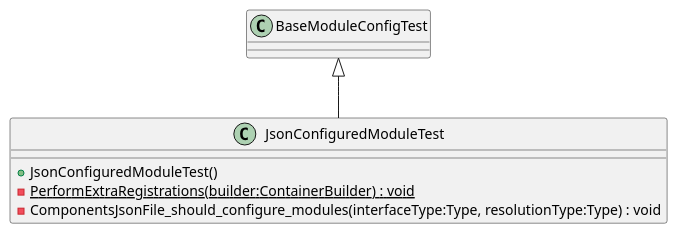
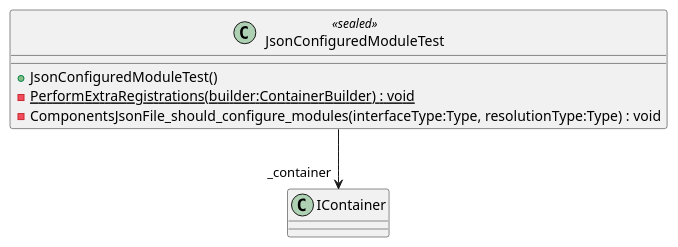
Before and after one commit to catalyst-network/Catalyst: the diagram in Documentation/UML/Catalyst.Node.Core.UnitTests/Modules/JsonConfiguredModuleTest.puml, drawn with PlantUML. The commit also changed 285 other files, not shown here.

Commit message:
update uml

```diff
--- a/Documentation/UML/Catalyst.Node.Core.UnitTests/Modules/JsonConfiguredModuleTest.puml
+++ b/Documentation/UML/Catalyst.Node.Core.UnitTests/Modules/JsonConfiguredModuleTest.puml
@@ -1,8 +1,8 @@
 @startuml
-class JsonConfiguredModuleTest {
+class JsonConfiguredModuleTest <<sealed>> {
     + JsonConfiguredModuleTest()
     - {static} PerformExtraRegistrations(builder:ContainerBuilder) : void
     - ComponentsJsonFile_should_configure_modules(interfaceType:Type, resolutionType:Type) : void
 }
-BaseModuleConfigTest <|-- JsonConfiguredModuleTest
+JsonConfiguredModuleTest --> "_container" IContainer
 @enduml
```
